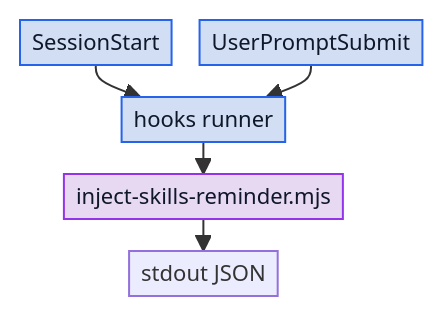
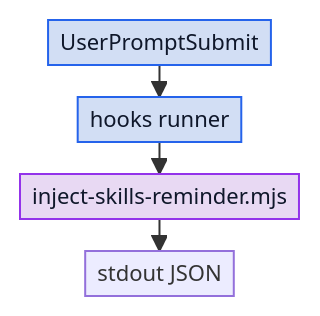
Before and after one commit to Pasanbasuru/company-plugin: the second of 6 diagrams in plugin/README.md, drawn with Mermaid. The commit also changed other lines of this file and 2 other files, not shown here.

First line of the commit message:
refactor(hooks): drop redundant SessionStart hook, keep single UserPromptSubmit

````diff
--- a/plugin/README.md
+++ b/plugin/README.md
@@ -202,14 +202,13 @@
 ```mermaid
 %%{init: {"themeVariables": {"fontSize": "11px"}, "flowchart": {"padding": 3, "nodeSpacing": 14, "rankSpacing": 16, "diagramPadding": 2}}}%%
 flowchart TB
 classDef hooks fill:#d2def4,stroke:#2563eb,color:#0f172a
 classDef scripts fill:#e8d9f3,stroke:#9333ea,color:#0f172a
 classDef skills fill:#d4ece6,stroke:#059669,color:#0f172a
 classDef templates fill:#f6dfd3,stroke:#ea580c,color:#0f172a
-  SS["SessionStart"] --> R["hooks runner"]
-  UP["UserPromptSubmit"] --> R
+  UP["UserPromptSubmit"] --> R["hooks runner"]
   R --> I["inject-skills-reminder.mjs"]
   I --> J["stdout JSON"]
-class SS,UP,R hooks
+class UP,R hooks
 class I scripts
 ```
````
